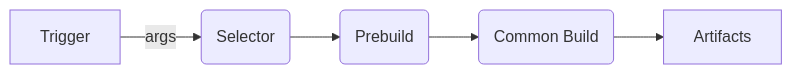
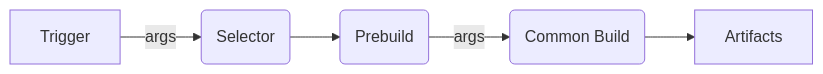
Before and after one commit to aziontech/bundler: the diagram in docs/overview.md, drawn with Mermaid. The commit also changed other lines of this file, not shown here.

````diff
--- a/docs/overview.md
+++ b/docs/overview.md
@@ -4,8 +4,8 @@
 ```mermaid
 flowchart LR
 
 A[Trigger] -->|args| B(Selector)
 B --> C(Prebuild)
-C --> D(Common Build)
+C -->|args| D(Common Build)
 D --> E[Artifacts]
 ```
````
